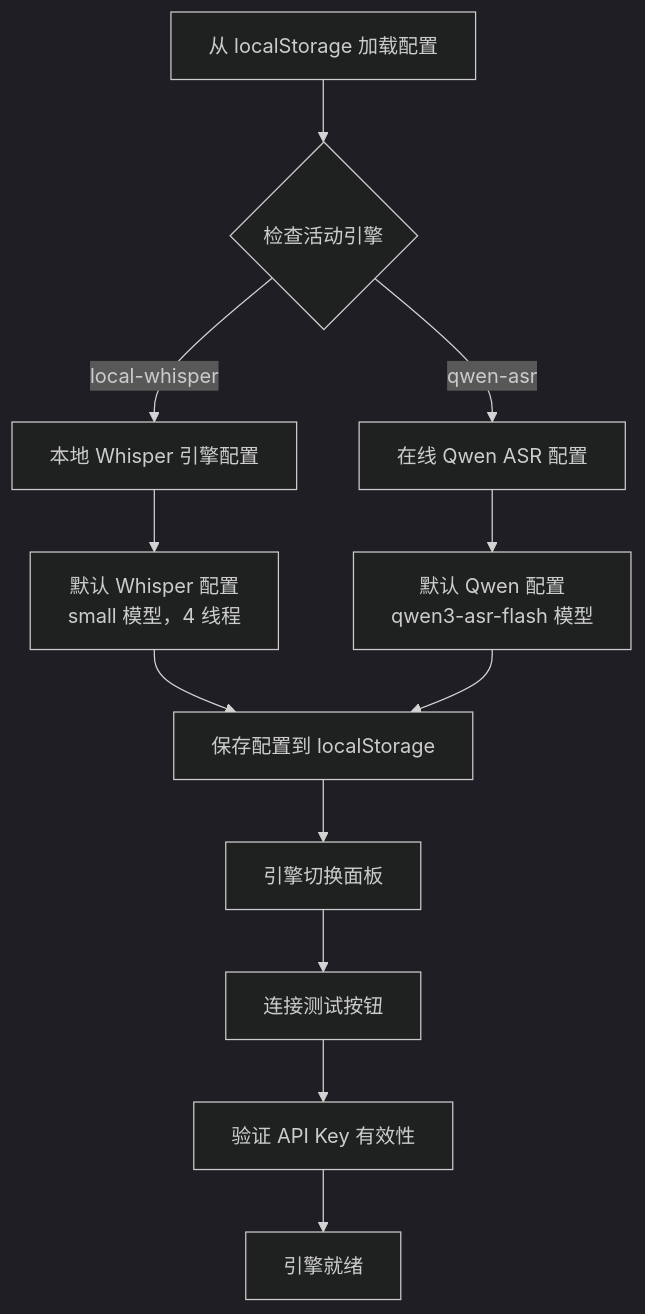
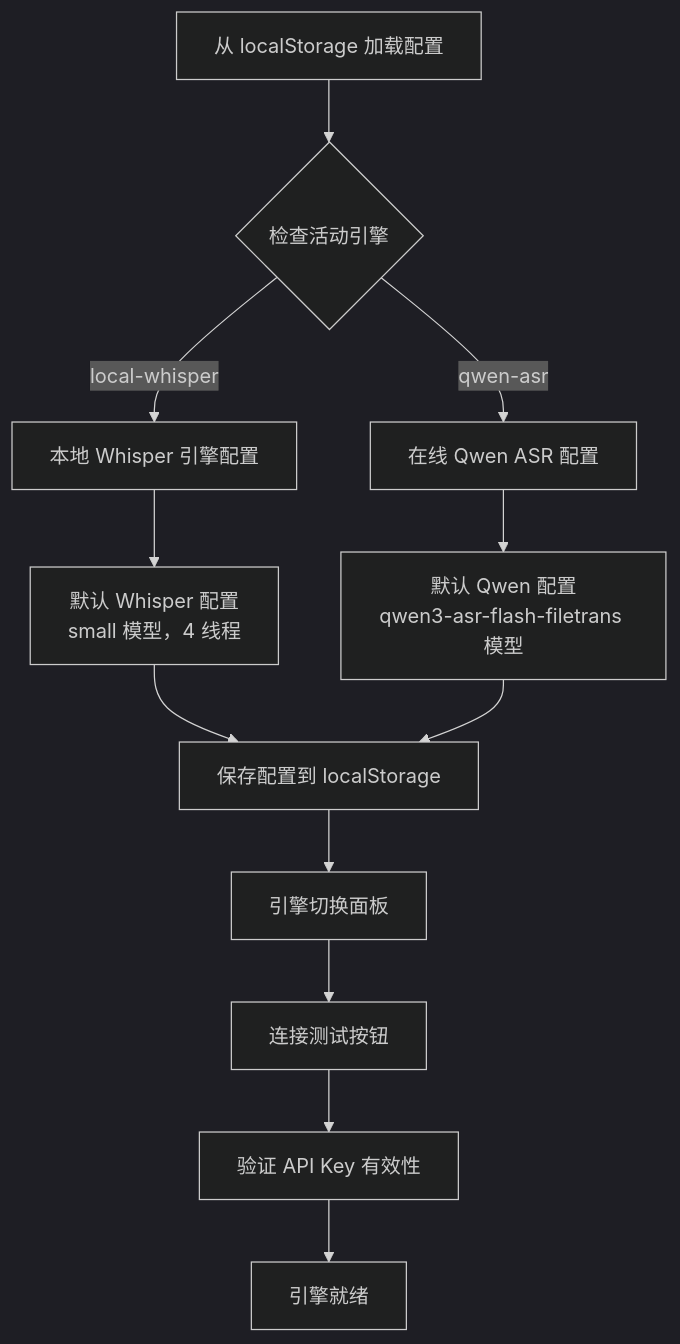
Before and after one commit to clawbotai/memo-flow: the sixth of 12 diagrams in .qoder/repowiki/zh/content/核心功能模块/语音识别引擎.md, drawn with Mermaid (dark theme). The commit also changed other lines of this file and 18 other files, not shown here.

````diff
--- a/.qoder/repowiki/zh/content/核心功能模块/语音识别引擎.md
+++ b/.qoder/repowiki/zh/content/核心功能模块/语音识别引擎.md
@@ -178,14 +317,14 @@
 ```mermaid
 flowchart TD
 LoadCfg["从 localStorage 加载配置"] --> CheckEngine{"检查活动引擎"}
 CheckEngine --> |local-whisper| LocalEngine["本地 Whisper 引擎配置"]
 CheckEngine --> |qwen-asr| OnlineEngine["在线 Qwen ASR 配置"]
 LocalEngine --> DefaultWhisper["默认 Whisper 配置<br/>small 模型，4 线程"]
-OnlineEngine --> DefaultQwen["默认 Qwen 配置<br/>qwen3-asr-flash 模型"]
+OnlineEngine --> DefaultQwen["默认 Qwen 配置<br/>qwen3-asr-flash-filetrans 模型"]
 DefaultWhisper --> SaveCfg["保存配置到 localStorage"]
 DefaultQwen --> SaveCfg
 SaveCfg --> SwitchEngine["引擎切换面板"]
 SwitchEngine --> TestConn["连接测试按钮"]
 TestConn --> ValidateKey["验证 API Key 有效性"]
 ValidateKey --> Ready["引擎就绪"]
 ```
````
